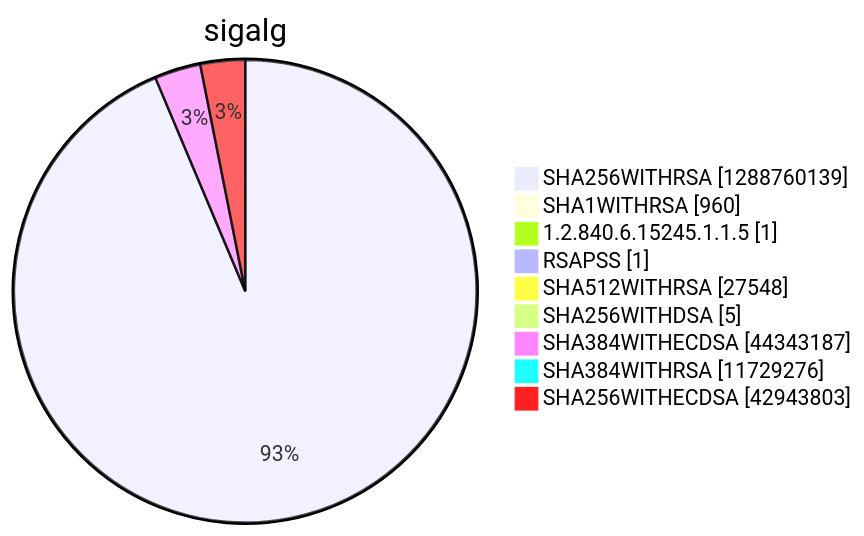
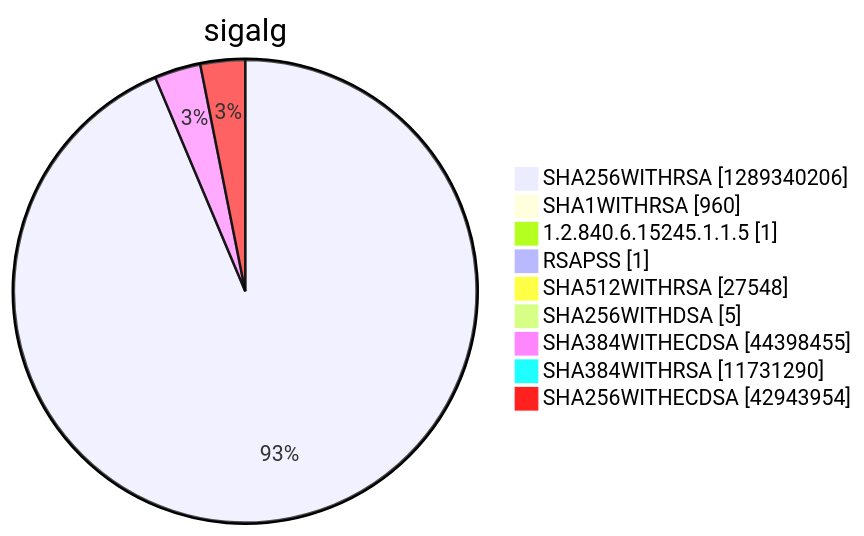
Before and after one commit to christiankrug/ctmonitor_visualization: diagram 15 of 15 in argon2022/README.md, drawn with Mermaid. The commit also changed other lines of this file, not shown here.

````diff
--- a/argon2022/README.md
+++ b/argon2022/README.md
@@ -5523,13 +5523,13 @@
 ```mermaid
 pie showData
 title sigalg
-"SHA256WITHRSA" :1288760139
+"SHA256WITHRSA" :1289340206
 "SHA1WITHRSA" :960
 "1.2.840.6.15245.1.1.5" :1
 "RSAPSS" :1
 "SHA512WITHRSA" :27548
 "SHA256WITHDSA" :5
-"SHA384WITHECDSA" :44343187
-"SHA384WITHRSA" :11729276
-"SHA256WITHECDSA" :42943803
+"SHA384WITHECDSA" :44398455
+"SHA384WITHRSA" :11731290
+"SHA256WITHECDSA" :42943954
 ```
````
